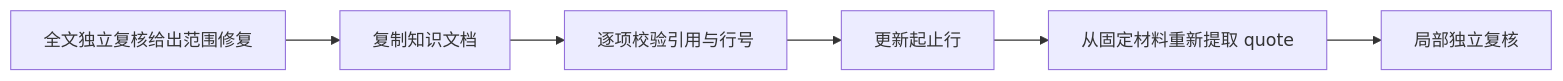
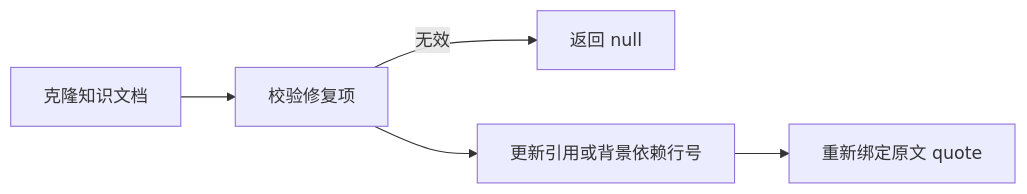
One commit to lejunyang/omem changed the diagram in .repo-review/knowledge/articles/7e0c1e6c002aec4cf046741738f4e42a0569a9d68d1479208fc5c80feefadb78.md. Above: the diagram before and after it, drawn with Mermaid. The commit also changed other lines of this file and 11 other files, not shown here.

````diff
--- a/.repo-review/knowledge/articles/7e0c1e6c002aec4cf046741738f4e42a0569a9d68d1479208fc5c80feefadb78.md
+++ b/.repo-review/knowledge/articles/7e0c1e6c002aec4cf046741738f4e42a0569a9d68d1479208fc5c80feefadb78.md
@@ -19,8 +19,7 @@
 ```mermaid
 flowchart LR
-  A[全文独立复核给出范围修复] --> B[复制知识文档]
-  B --> C[逐项校验引用与行号]
-  C --> D[更新起止行]
-  D --> E[从固定材料重新提取 quote]
-  E --> F[局部独立复核]
+  A[克隆知识文档] --> B[校验修复项]
+  B -->|无效| C[返回 null]
+  B --> D[更新引用或背景依赖行号]
+  D --> E[重新绑定原文 quote]
 ```
````
